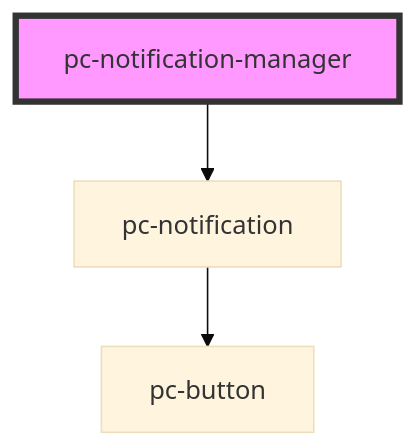
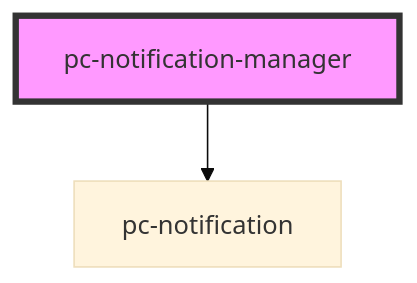
Before and after one commit to redvars/peacock: the diagram in src/components/notification-manager/readme.md, drawn with Mermaid (base theme). The commit also changed 62 other files, not shown here.

````diff
--- a/src/components/notification-manager/readme.md
+++ b/src/components/notification-manager/readme.md
@@ -23,6 +23,5 @@
 ```mermaid
 graph TD;
   pc-notification-manager --> pc-notification
-  pc-notification --> pc-button
   style pc-notification-manager fill:#f9f,stroke:#333,stroke-width:4px
 ```
````
